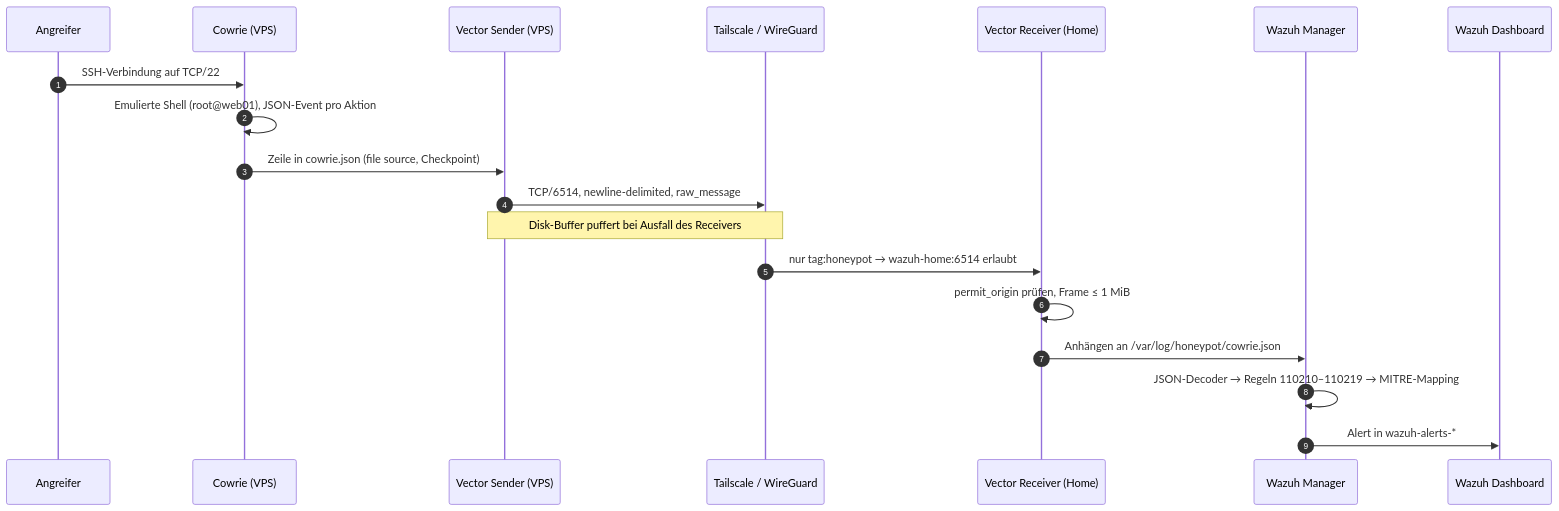
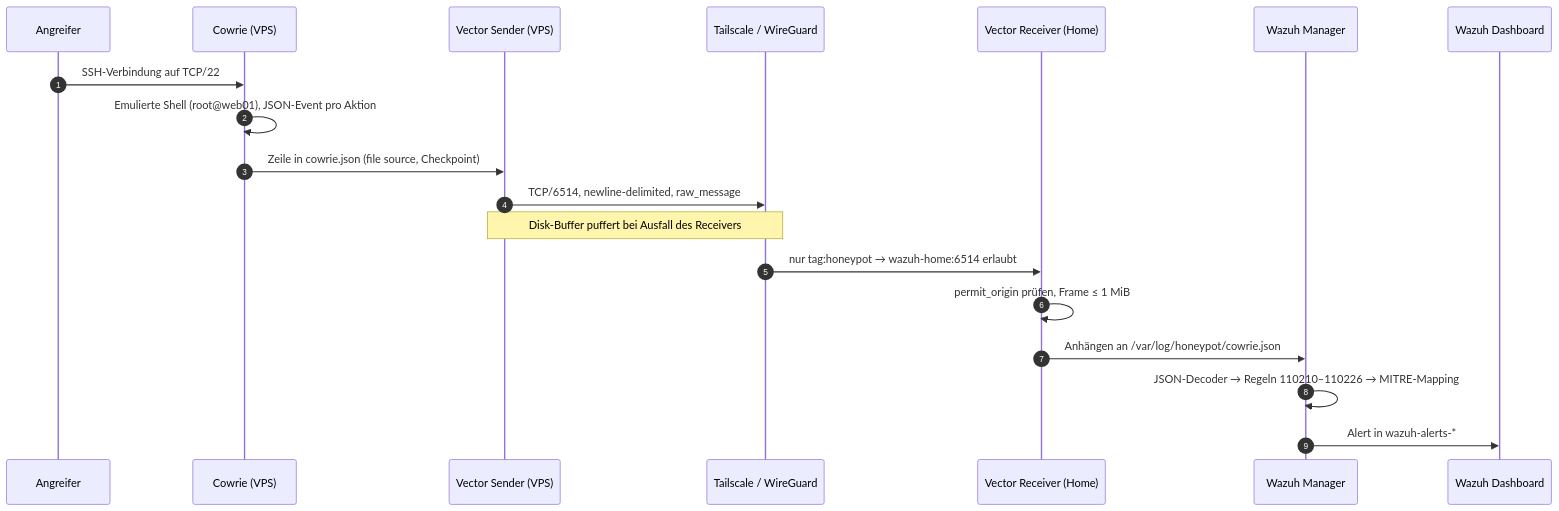
One commit to Mahmutekremacar/cowrie-honeypot-lab changed the second of 2 diagrams in docs/architecture.md. Above: the diagram before and after it, drawn with Mermaid. The commit also changed 20 other files, not shown here.

````diff
--- a/docs/architecture.md
+++ b/docs/architecture.md
@@ -55,22 +55,22 @@
 ```mermaid
 sequenceDiagram
     autonumber
     participant A as Angreifer
     participant C as Cowrie (VPS)
     participant VS as Vector Sender (VPS)
     participant T as Tailscale / WireGuard
     participant VR as Vector Receiver (Home)
     participant W as Wazuh Manager
     participant D as Wazuh Dashboard
 
     A->>C: SSH-Verbindung auf TCP/22
     C->>C: Emulierte Shell (root@web01), JSON-Event pro Aktion
     C->>VS: Zeile in cowrie.json (file source, Checkpoint)
     VS->>T: TCP/6514, newline-delimited, raw_message
     Note over VS,T: Disk-Buffer puffert bei Ausfall des Receivers
     T->>VR: nur tag:honeypot → wazuh-home:6514 erlaubt
     VR->>VR: permit_origin prüfen, Frame ≤ 1 MiB
     VR->>W: Anhängen an /var/log/honeypot/cowrie.json
-    W->>W: JSON-Decoder → Regeln 110210–110219 → MITRE-Mapping
+    W->>W: JSON-Decoder → Regeln 110210–110226 → MITRE-Mapping
     W->>D: Alert in wazuh-alerts-*
 ```
````
